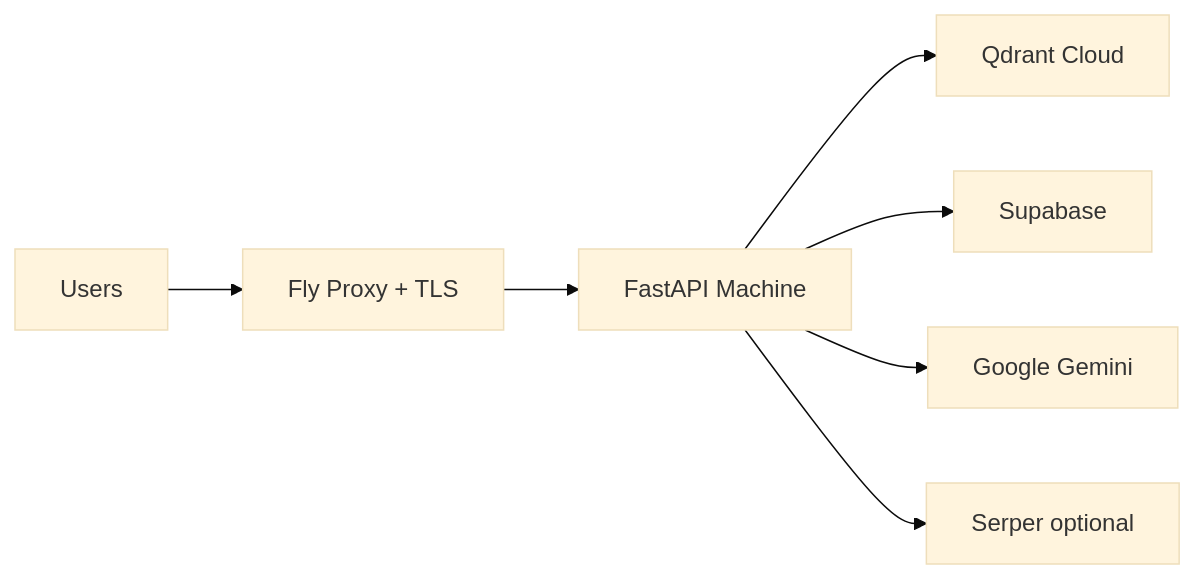
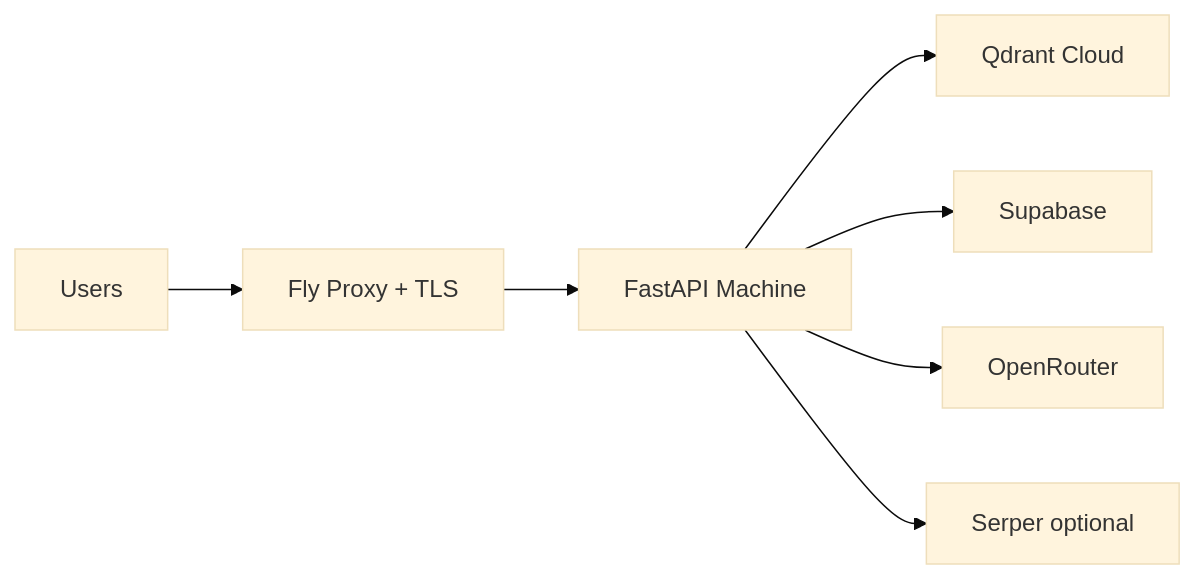
The diagram in docs/deployment-appendix.md (maximberchun/ArtMentorAI), drawn with Mermaid (base theme) before and after one commit. The commit also changed other lines of this file and 17 other files, not shown here.

First line of the commit message:
feat: OpenRouter api calls implemented

````diff
--- a/docs/deployment-appendix.md
+++ b/docs/deployment-appendix.md
@@ -7,17 +7,17 @@
 ```mermaid
 flowchart LR
   Users[Users]
   FlyProxy[Fly Proxy + TLS]
   API[FastAPI Machine]
   Qdrant[Qdrant Cloud]
   Supabase[Supabase]
-  Gemini[Google Gemini]
+  OpenRouter[OpenRouter]
   Serper[Serper optional]
 
   Users --> FlyProxy
   FlyProxy --> API
   API --> Qdrant
   API --> Supabase
-  API --> Gemini
+  API --> OpenRouter
   API --> Serper
 ```
````
